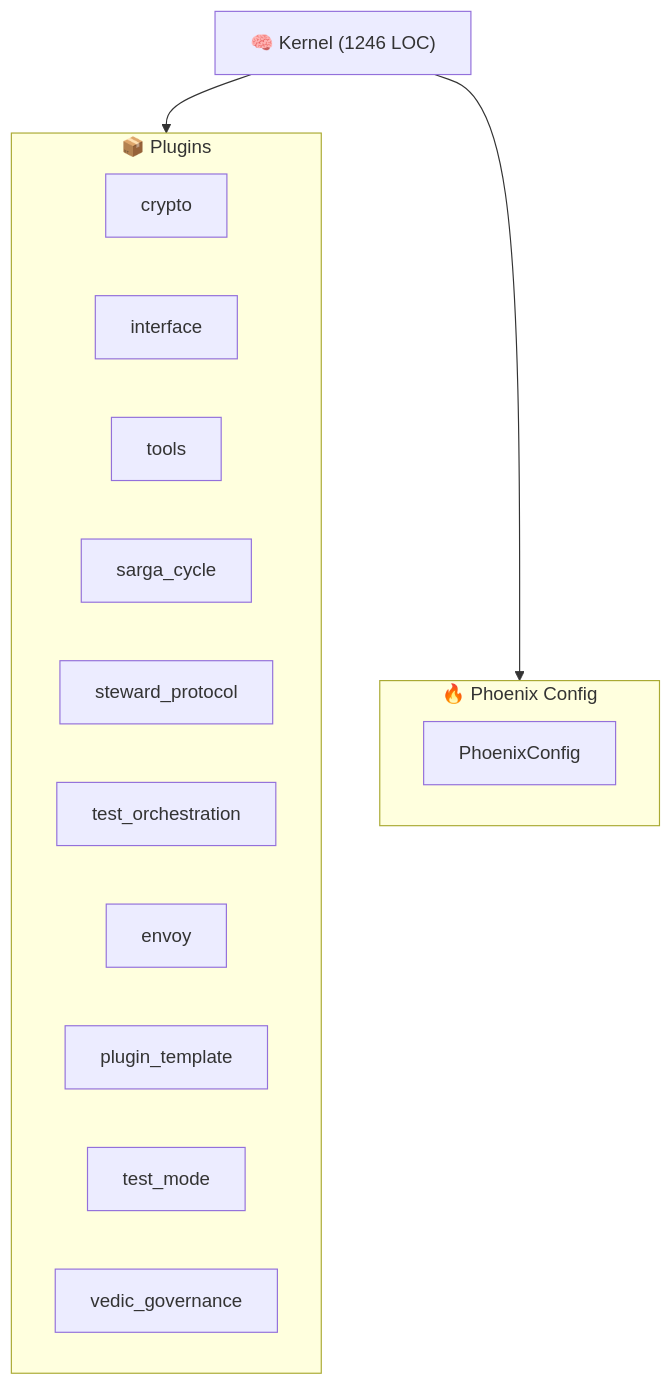
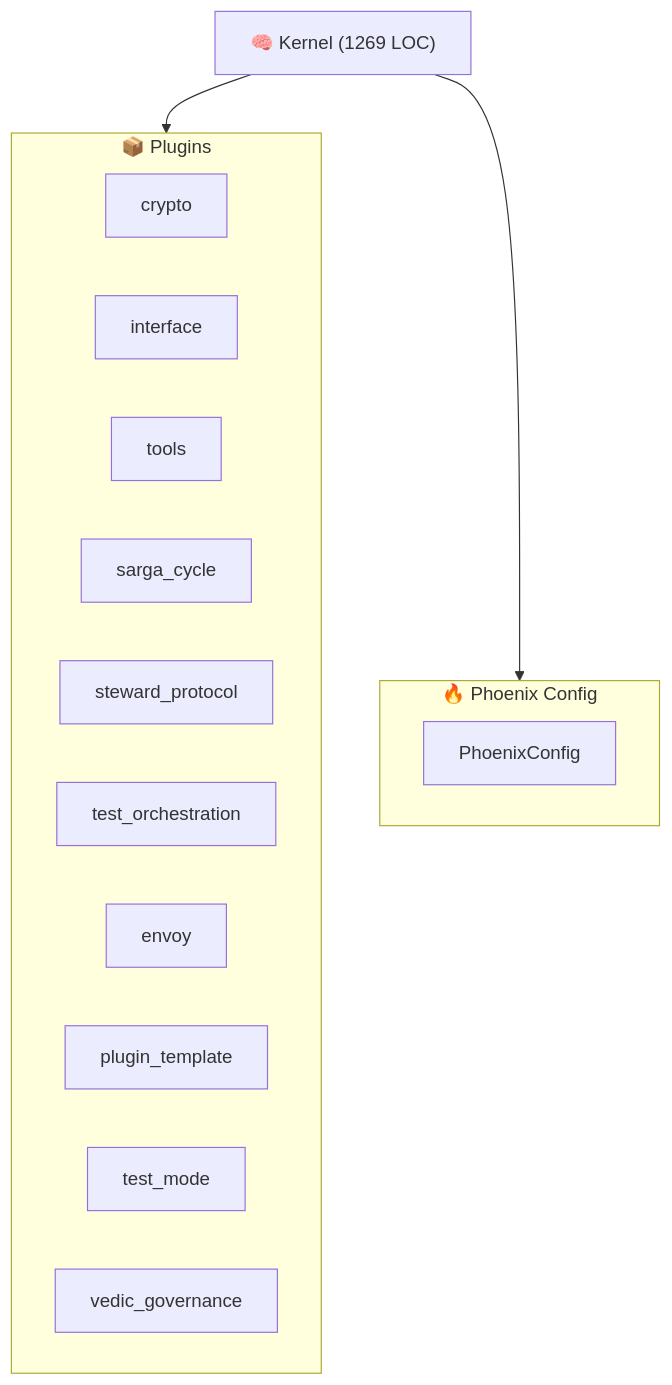
The diagram in ARCHITECTURE.md (kimeisele/steward-protocol), drawn with Mermaid before and after one commit. The commit also changed other lines of this file and 14 other files, not shown here.

````diff
--- a/ARCHITECTURE.md
+++ b/ARCHITECTURE.md
@@ -11,21 +9,21 @@
 ```mermaid
 graph TB
-    K["🧠 Kernel (1246 LOC)"]
+    K["🧠 Kernel (1269 LOC)"]
     subgraph Plugins["📦 Plugins"]
         P_crypto["crypto"]
         P_interface["interface"]
         P_tools["tools"]
         P_sarga_cycle["sarga_cycle"]
         P_steward_protocol["steward_protocol"]
         P_test_orchestration["test_orchestration"]
         P_envoy["envoy"]
         P_plugin_template["plugin_template"]
         P_test_mode["test_mode"]
         P_vedic_governance["vedic_governance"]
     end
     K --> Plugins
     subgraph Config["🔥 Phoenix Config"]
         PC[PhoenixConfig]
     end
     K --> Config
 ```
````
